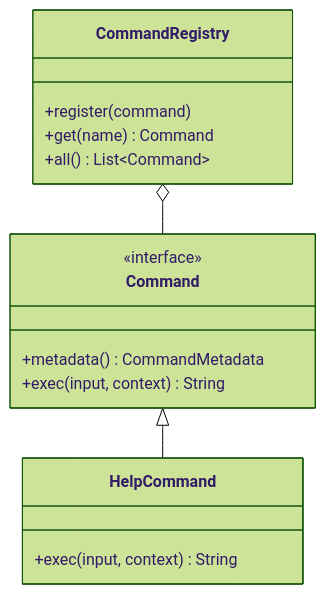
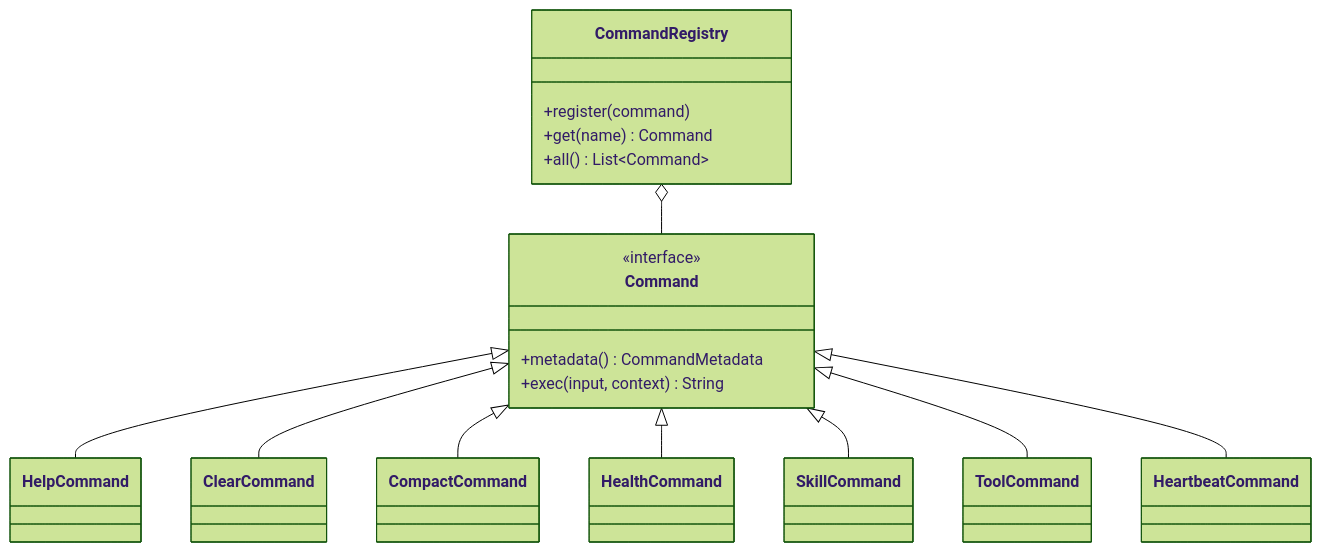
One commit to wutsi/kokibot changed diagram 12 of 14 in ARCHITECTURE.md. Above: the diagram before and after it, drawn with Mermaid (forest theme). The commit also changed other lines of this file and 6 other files, not shown here.

````diff
--- a/ARCHITECTURE.md
+++ b/ARCHITECTURE.md
@@ -510,21 +925,31 @@
 ```mermaid
 classDiagram
     class Command {
         <<interface>>
         +metadata() CommandMetadata
         +exec(input, context) String
     }
     
     class CommandRegistry {
         +register(command)
         +get(name) Command
         +all() List~Command~
     }
     
-    class HelpCommand {
-        +exec(input, context) String
-    }
+    class HelpCommand
+    class ClearCommand
+    class CompactCommand
+    class HealthCommand
+    class SkillCommand
+    class ToolCommand
+    class HeartbeatCommand
     
     Command <|-- HelpCommand
+    Command <|-- ClearCommand
+    Command <|-- CompactCommand
+    Command <|-- HealthCommand
+    Command <|-- SkillCommand
+    Command <|-- ToolCommand
+    Command <|-- HeartbeatCommand
     CommandRegistry o-- Command
 ```
````
